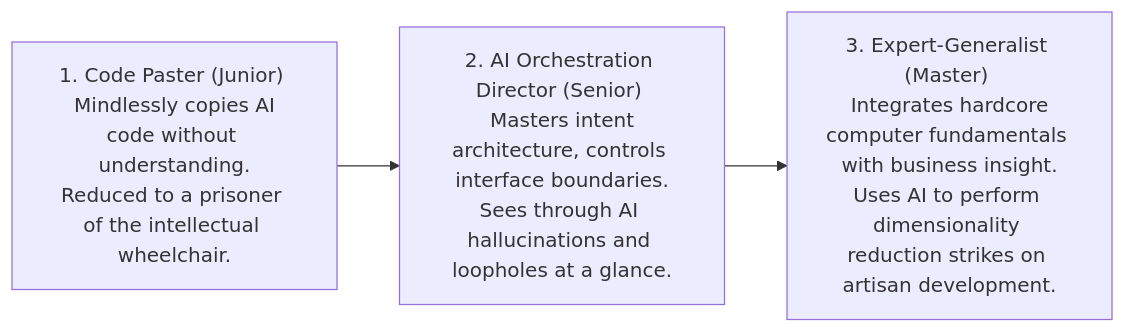
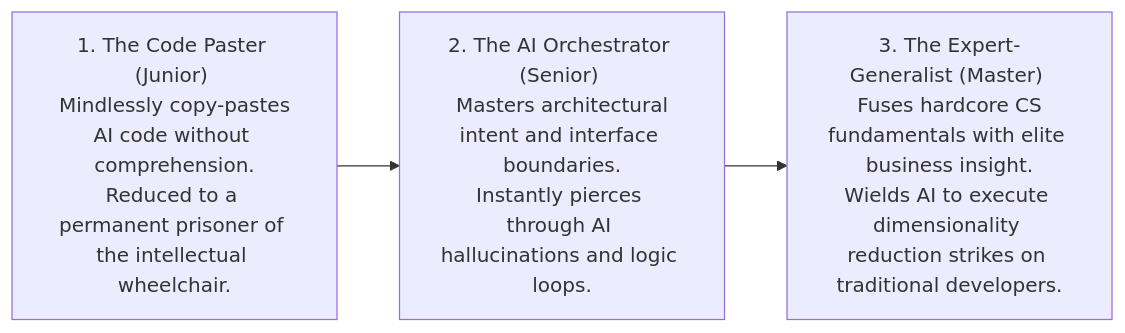
Before and after one commit to ruanqizhen/cocode: the diagram in i18n/en/docusaurus-plugin-content-docs/current/growth.md, drawn with Mermaid. The commit also changed other lines of this file and 41 other files, not shown here.

````diff
--- a/i18n/en/docusaurus-plugin-content-docs/current/growth.md
+++ b/i18n/en/docusaurus-plugin-content-docs/current/growth.md
@@ -37,5 +43,5 @@
 ```mermaid
 graph LR
-    Paster["1. Code Paster (Junior) <br> Mindlessly copies AI code without understanding.<br>Reduced to a prisoner of the intellectual wheelchair."] --> Director["2. AI Orchestration Director (Senior) <br> Masters intent architecture, controls interface boundaries.<br>Sees through AI hallucinations and loopholes at a glance."]
-    Director --> Architect["3. Expert-Generalist (Master) <br> Integrates hardcore computer fundamentals with business insight.<br>Uses AI to perform dimensionality reduction strikes on artisan development."]
+    Paster["1. The Code Paster (Junior) <br> Mindlessly copy-pastes AI code without comprehension.<br>Reduced to a permanent prisoner of the intellectual wheelchair."] --> Director["2. The AI Orchestrator (Senior) <br> Masters architectural intent and interface boundaries.<br>Instantly pierces through AI hallucinations and logic loops."]
+    Director --> Architect["3. The Expert-Generalist (Master) <br> Fuses hardcore CS fundamentals with elite business insight.<br>Wields AI to execute dimensionality reduction strikes on traditional developers."]
 ```
````
